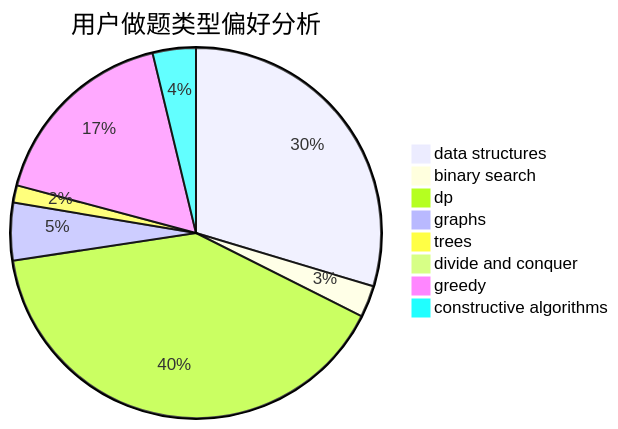
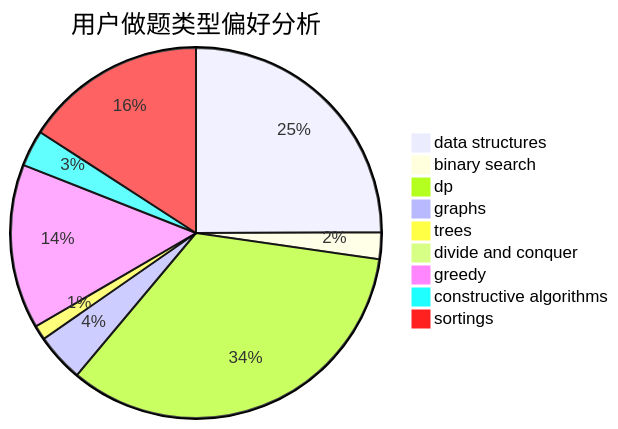
The second of 3 diagrams in docs/user/u648.md (sherpahu/cfrs.github.io), drawn with Mermaid before and after one commit. The commit also changed other lines of this file and 2769 other files, not shown here.

````diff
--- a/docs/user/u648.md
+++ b/docs/user/u648.md
@@ -23,11 +18,12 @@
 ```mermaid
 pie title 用户做题类型偏好分析
     "data structures" :  118
     "binary search" :  11
     "dp" :  160
     "graphs" :  20
     "trees" :  6
     "divide and conquer" :  0
     "greedy" :  68
     "constructive algorithms" :  15
+    "sortings" :  75
 ```
````
